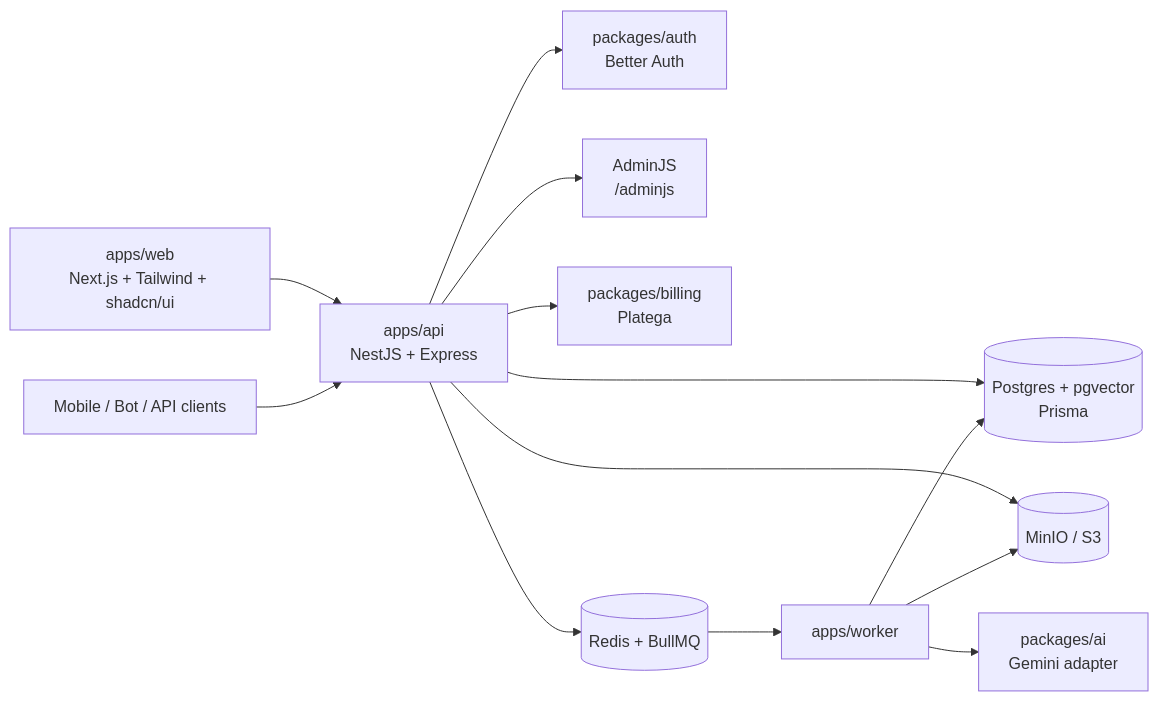
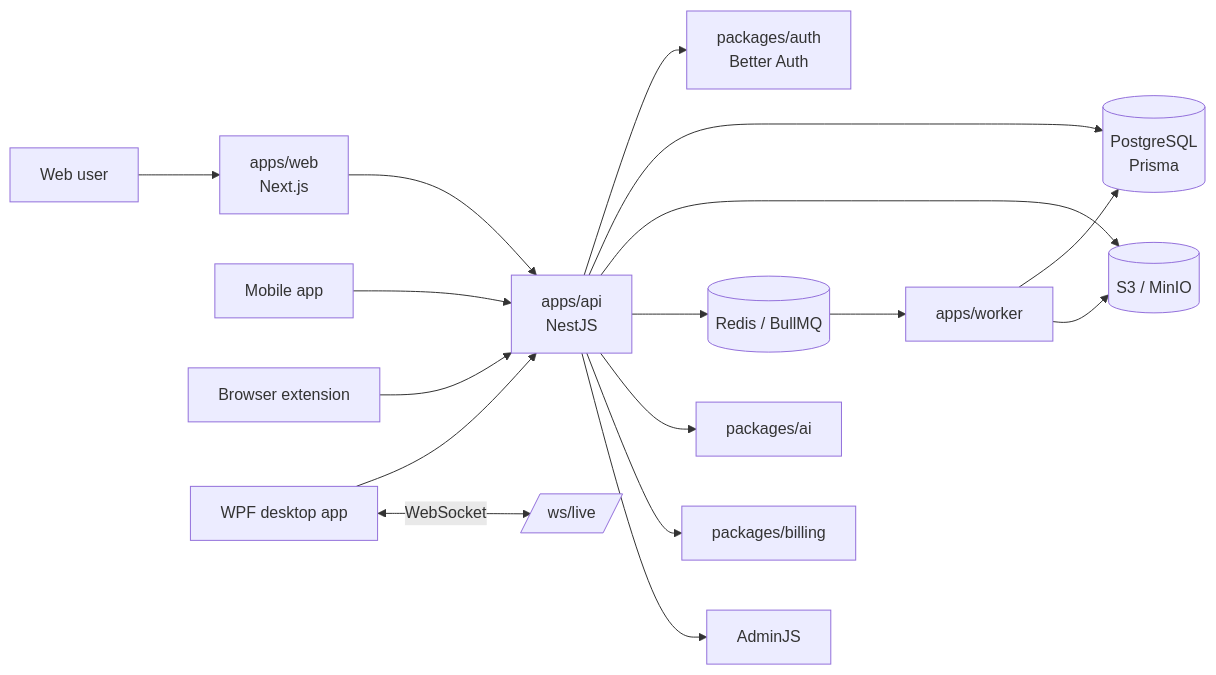
Before and after one commit to spectr6161-dev/offergo: the diagram in README.md, drawn with Mermaid. The commit also changed other lines of this file and 1 other file, not shown here.

````diff
--- a/README.md
+++ b/README.md
@@ -65,27 +98,21 @@
 ```mermaid
 flowchart LR
-  Web[apps/web<br/>Next.js + Tailwind + shadcn/ui]
-  Mobile[Mobile / Bot / API clients]
-  API[apps/api<br/>NestJS + Express]
-  Auth[packages/auth<br/>Better Auth]
-  DB[(Postgres + pgvector<br/>Prisma)]
-  Admin[AdminJS<br/>/adminjs]
-  Billing[packages/billing<br/>Platega]
-  Queue[(Redis + BullMQ)]
-  Worker[apps/worker]
-  Storage[(MinIO / S3)]
-  AI[packages/ai<br/>Gemini adapter]
+  User[Web user] --> Web[apps/web<br/>Next.js]
+  Mobile[Mobile app] --> API[apps/api<br/>NestJS]
+  Extension[Browser extension] --> API
+  WPF[WPF desktop app] --> API
+  WPF <-->|WebSocket| Live[/ws/live/]
 
   Web --> API
-  Mobile --> API
-  API --> Auth
-  API --> DB
-  API --> Admin
-  API --> Billing
-  API --> Storage
-  API --> Queue
-  Queue --> Worker
+  API --> Auth[packages/auth<br/>Better Auth]
+  API --> DB[(PostgreSQL<br/>Prisma)]
+  API --> Storage[(S3 / MinIO)]
+  API --> Queue[(Redis / BullMQ)]
+  API --> AI[packages/ai]
+  API --> Billing[packages/billing]
+  API --> Admin[AdminJS]
+
+  Queue --> Worker[apps/worker]
   Worker --> DB
   Worker --> Storage
-  Worker --> AI
 ```
````
